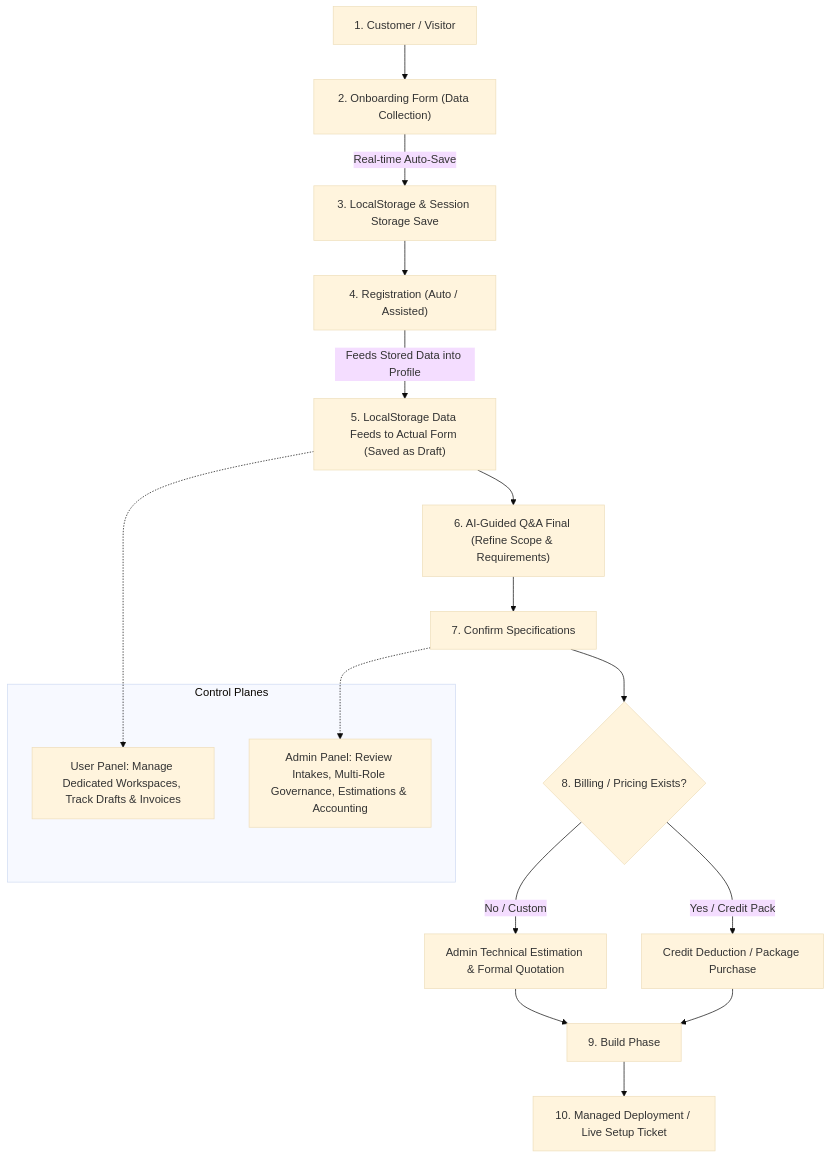
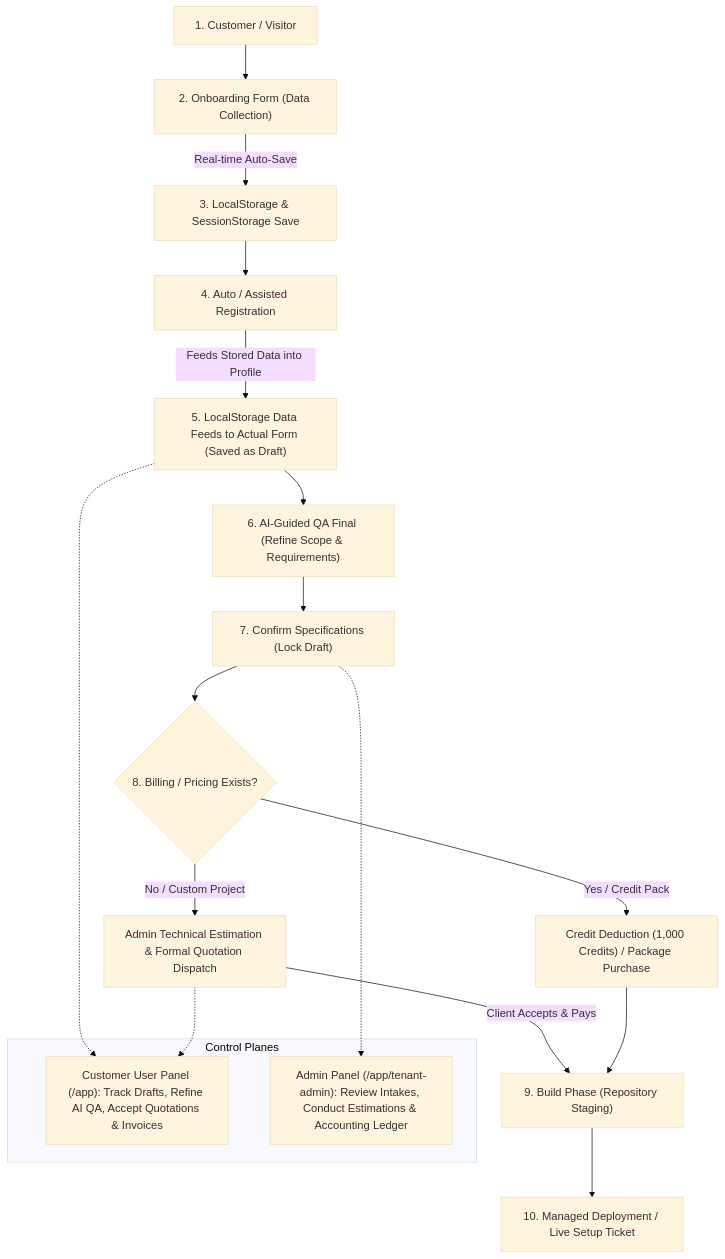
Before and after one commit to mdshakilkhan841/DIDOS: the diagram in PLAN.md, drawn with Mermaid (base theme). The commit also changed other lines of this file and 5 other files, not shown here.

Commit message:
feat: implement dual-mode API client with FastAPI and localStorage support across components

````diff
--- a/PLAN.md
+++ b/PLAN.md
@@ -23,23 +20,24 @@
 ```mermaid
 flowchart TD
     A["1. Customer / Visitor"] --> B["2. Onboarding Form (Data Collection)"]
-    B -->|Real-time Auto-Save| C["3. LocalStorage & Session Storage Save"]
-    C --> D["4. Registration (Auto / Assisted)"]
+    B -->|Real-time Auto-Save| C["3. LocalStorage & SessionStorage Save"]
+    C --> D["4. Auto / Assisted Registration"]
     D -->|Feeds Stored Data into Profile| E["5. LocalStorage Data Feeds to Actual Form (Saved as Draft)"]
-    E --> F["6. AI-Guided Q&A Final (Refine Scope & Requirements)"]
-    F --> G["7. Confirm Specifications"]
+    E --> F["6. AI-Guided QA Final (Refine Scope & Requirements)"]
+    F --> G["7. Confirm Specifications (Lock Draft)"]
     G --> H{"8. Billing / Pricing Exists?"}
-    H -->|No / Custom| I["Admin Technical Estimation & Formal Quotation"]
-    H -->|Yes / Credit Pack| J["Credit Deduction / Package Purchase"]
-    I --> K["9. Build Phase"]
+    H -->|No / Custom Project| I["Admin Technical Estimation & Formal Quotation Dispatch"]
+    H -->|Yes / Credit Pack| J["Credit Deduction (1,000 Credits) / Package Purchase"]
+    I -->|Client Accepts & Pays| K["9. Build Phase (Repository Staging)"]
     J --> K
     K --> L["10. Managed Deployment / Live Setup Ticket"]
     
-    subgraph Panels [Control Planes]
-        M["User Panel: Manage Dedicated Workspaces, Track Drafts & Invoices"]
-        N["Admin Panel: Review Intakes, Multi-Role Governance, Estimations & Accounting"]
+    subgraph ControlPlanes ["Control Planes"]
+        M["Customer User Panel (/app): Track Drafts, Refine AI QA, Accept Quotations & Invoices"]
+        N["Admin Panel (/app/tenant-admin): Review Intakes, Conduct Estimations & Accounting Ledger"]
     end
     
     E -.-> M
     G -.-> N
+    I -.-> M
 ```
````
